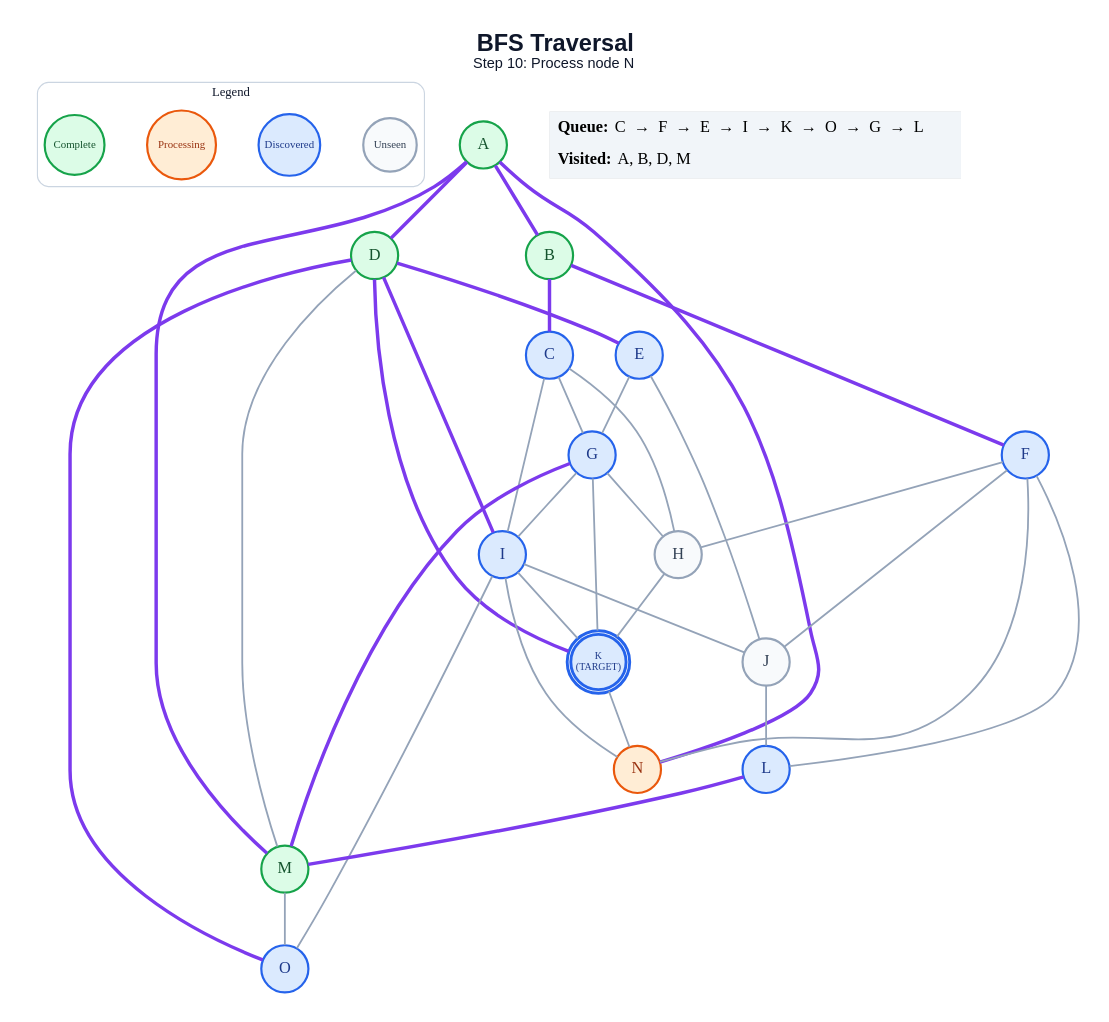
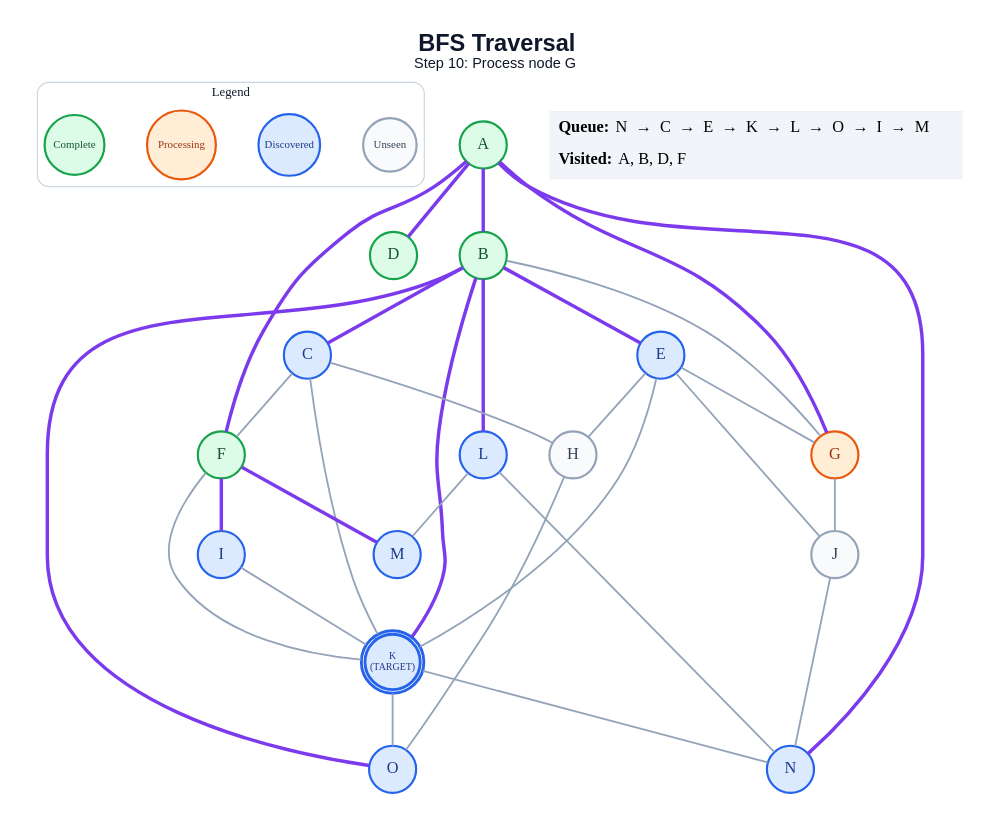
One commit to anon7238593-create/ai-slop changed the diagram in generated/bfs/step_10.dot. Above: the diagram before and after it, drawn with Graphviz. The commit also changed 213 other files, not shown here.

```diff
--- a/generated/bfs/step_10.dot
+++ b/generated/bfs/step_10.dot
@@ -1,67 +1,63 @@
 graph traversal {
   graph [layout=dot, rankdir=TB, bgcolor="#FFFFFF", pad="0.35", nodesep="0.65", ranksep="0.8", fontname="Arial"];
   node [shape=circle, style="filled", fontname="Arial Bold", fontsize=18, width=0.72, fixedsize=true, penwidth=2.4];
   edge [color="#94A3B8", penwidth=2.0];
-  label=<<B>BFS Traversal</B><BR/><FONT POINT-SIZE="16">Step 10: Process node N</FONT>>; labelloc="t"; fontsize=26; fontname="Arial"; fontcolor="#0F172A";
+  label=<<B>BFS Traversal</B><BR/><FONT POINT-SIZE="16">Step 10: Process node G</FONT>>; labelloc="t"; fontsize=26; fontname="Arial"; fontcolor="#0F172A";
   subgraph cluster_legend { label="Legend"; color="#CBD5E1"; penwidth=1.2; style="rounded"; fontsize=14; fontname="Arial Bold";
     key_unseen [label="Unseen", fillcolor="#F8FAFC", color="#94A3B8", fontcolor="#334155", fontsize=12, width=0.82];
     key_frontier [label="Discovered", fillcolor="#DBEAFE", color="#2563EB", fontcolor="#1E3A8A", fontsize=12, width=0.95];
     key_current [label="Processing", fillcolor="#FFEDD5", color="#EA580C", fontcolor="#9A3412", fontsize=12, width=1.05];
     key_done [label="Complete", fillcolor="#DCFCE7", color="#16A34A", fontcolor="#14532D", fontsize=12, width=0.92];
     { rank=same; key_unseen; key_frontier; key_current; key_done; }
   }
   A [label="A", fillcolor="#DCFCE7", color="#16A34A", fontcolor="#14532D", peripheries=1, penwidth=2.4];
   B [label="B", fillcolor="#DCFCE7", color="#16A34A", fontcolor="#14532D", peripheries=1, penwidth=2.4];
   C [label="C", fillcolor="#DBEAFE", color="#2563EB", fontcolor="#1E3A8A", peripheries=1, penwidth=2.4];
   D [label="D", fillcolor="#DCFCE7", color="#16A34A", fontcolor="#14532D", peripheries=1, penwidth=2.4];
   E [label="E", fillcolor="#DBEAFE", color="#2563EB", fontcolor="#1E3A8A", peripheries=1, penwidth=2.4];
-  F [label="F", fillcolor="#DBEAFE", color="#2563EB", fontcolor="#1E3A8A", peripheries=1, penwidth=2.4];
-  G [label="G", fillcolor="#DBEAFE", color="#2563EB", fontcolor="#1E3A8A", peripheries=1, penwidth=2.4];
+  F [label="F", fillcolor="#DCFCE7", color="#16A34A", fontcolor="#14532D", peripheries=1, penwidth=2.4];
+  G [label="G", fillcolor="#FFEDD5", color="#EA580C", fontcolor="#9A3412", peripheries=1, penwidth=2.4];
   H [label="H", fillcolor="#F8FAFC", color="#94A3B8", fontcolor="#334155", peripheries=1, penwidth=2.4];
   I [label="I", fillcolor="#DBEAFE", color="#2563EB", fontcolor="#1E3A8A", peripheries=1, penwidth=2.4];
   J [label="J", fillcolor="#F8FAFC", color="#94A3B8", fontcolor="#334155", peripheries=1, penwidth=2.4];
   K [label="K\n(TARGET)", fillcolor="#DBEAFE", color="#2563EB", fontcolor="#1E3A8A", peripheries=2, penwidth=3.2, fontsize=11, width=0.85, height=0.85];
   L [label="L", fillcolor="#DBEAFE", color="#2563EB", fontcolor="#1E3A8A", peripheries=1, penwidth=2.4];
-  M [label="M", fillcolor="#DCFCE7", color="#16A34A", fontcolor="#14532D", peripheries=1, penwidth=2.4];
-  N [label="N", fillcolor="#FFEDD5", color="#EA580C", fontcolor="#9A3412", peripheries=1, penwidth=2.4];
+  M [label="M", fillcolor="#DBEAFE", color="#2563EB", fontcolor="#1E3A8A", peripheries=1, penwidth=2.4];
+  N [label="N", fillcolor="#DBEAFE", color="#2563EB", fontcolor="#1E3A8A", peripheries=1, penwidth=2.4];
   O [label="O", fillcolor="#DBEAFE", color="#2563EB", fontcolor="#1E3A8A", peripheries=1, penwidth=2.4];
   A -- B [color="#7C3AED", penwidth=3.8];
   A -- D [color="#7C3AED", penwidth=3.8];
-  A -- M [color="#7C3AED", penwidth=3.8];
+  A -- F [color="#7C3AED", penwidth=3.8];
+  A -- G [color="#7C3AED", penwidth=3.8];
   A -- N [color="#7C3AED", penwidth=3.8];
   B -- C [color="#7C3AED", penwidth=3.8];
-  B -- F [color="#7C3AED", penwidth=3.8];
-  C -- G;
+  B -- E [color="#7C3AED", penwidth=3.8];
+  B -- G;
+  B -- K [color="#7C3AED", penwidth=3.8];
+  B -- L [color="#7C3AED", penwidth=3.8];
+  B -- O [color="#7C3AED", penwidth=3.8];
+  C -- F;
   C -- H;
-  C -- I;
-  D -- E [color="#7C3AED", penwidth=3.8];
-  D -- I [color="#7C3AED", penwidth=3.8];
-  D -- K [color="#7C3AED", penwidth=3.8];
-  D -- M;
-  D -- O [color="#7C3AED", penwidth=3.8];
+  C -- K;
   E -- G;
+  E -- H;
   E -- J;
-  F -- H;
-  F -- J;
-  F -- L;
-  F -- N;
-  G -- H;
-  G -- I;
-  G -- K;
-  G -- M [color="#7C3AED", penwidth=3.8];
-  H -- K;
-  I -- J;
+  E -- K;
+  F -- I [color="#7C3AED", penwidth=3.8];
+  F -- K;
+  F -- M [color="#7C3AED", penwidth=3.8];
+  G -- J;
+  H -- O;
   I -- K;
-  I -- N;
-  I -- O;
-  J -- L;
+  J -- N;
   K -- N;
-  L -- M [color="#7C3AED", penwidth=3.8];
-  M -- O;
+  K -- O;
+  L -- M;
+  L -- N;
   status [shape=plain, fixedsize=false, width=0, height=0, margin=0, label=<
     <TABLE BORDER="0" CELLBORDER="0" CELLPADDING="7" BGCOLOR="#F1F5F9">
-      <TR><TD ALIGN="LEFT"><B>Queue:</B> C  →  F  →  E  →  I  →  K  →  O  →  G  →  L</TD></TR>
-      <TR><TD ALIGN="LEFT"><B>Visited:</B> A, B, D, M</TD></TR>
+      <TR><TD ALIGN="LEFT"><B>Queue:</B> N  →  C  →  E  →  K  →  L  →  O  →  I  →  M</TD></TR>
+      <TR><TD ALIGN="LEFT"><B>Visited:</B> A, B, D, F</TD></TR>
     </TABLE>
   >];
 }
```
